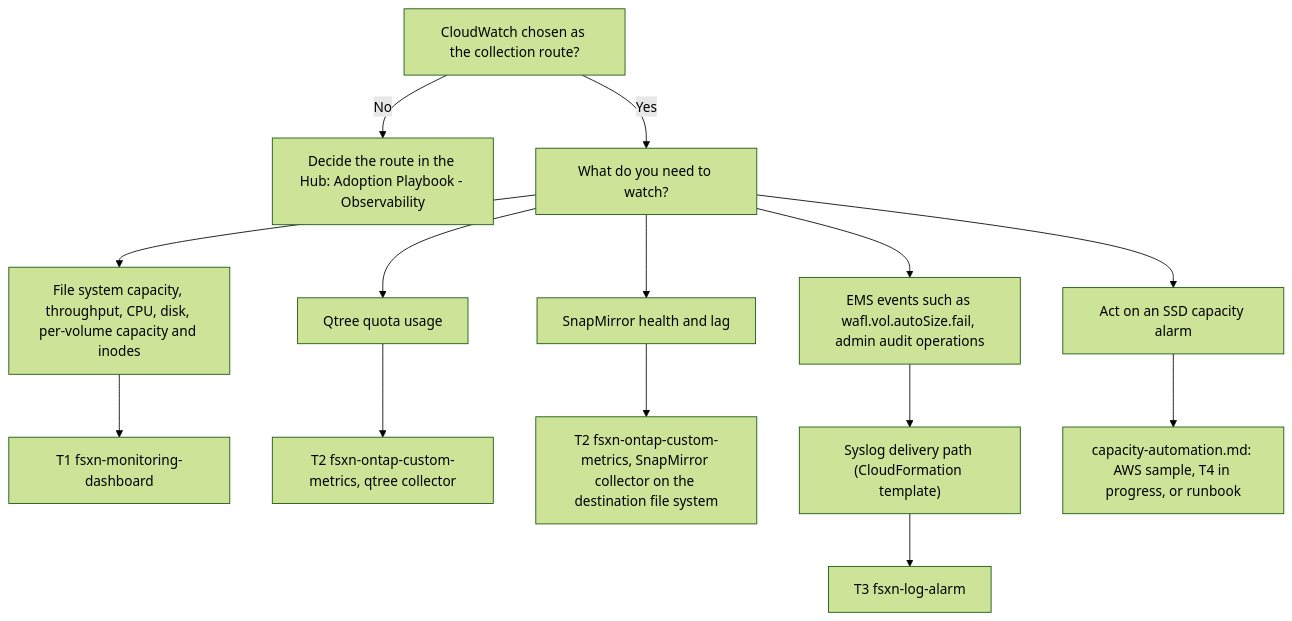
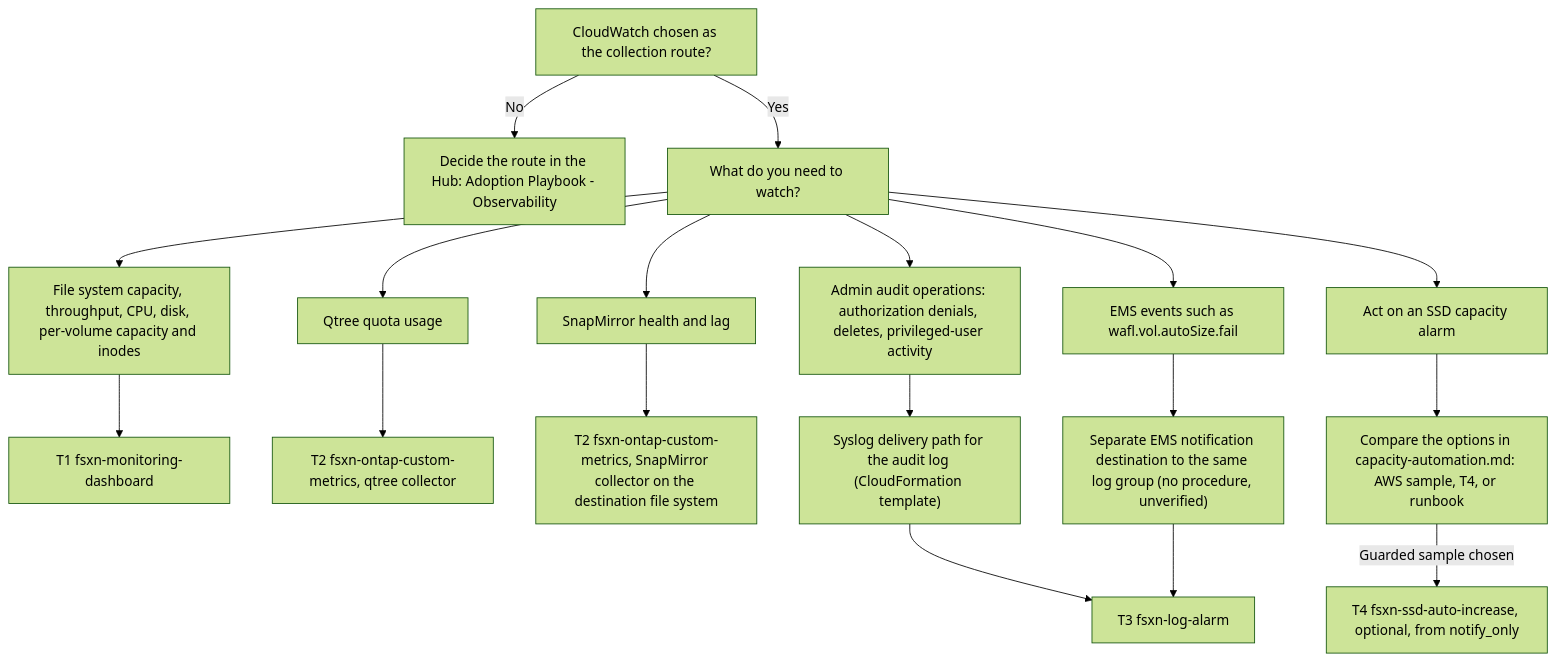
The diagram in docs/en/terraform-monitoring-guide.md (Yoshiki0705/FSx-for-ONTAP-Observability-integrations), drawn with Mermaid (forest theme) before and after one commit. The commit also changed other lines of this file and 6 other files, not shown here.

````diff
--- a/docs/en/terraform-monitoring-guide.md
+++ b/docs/en/terraform-monitoring-guide.md
@@ -82,16 +86,20 @@
 ```mermaid
 flowchart TD
     A["CloudWatch chosen as the collection route?"] -->|No| H["Decide the route in the Hub: Adoption Playbook - Observability"]
     A -->|Yes| B["What do you need to watch?"]
     B --> C["File system capacity, throughput, CPU, disk, per-volume capacity and inodes"]
     C --> T1["T1 fsxn-monitoring-dashboard"]
     B --> D["Qtree quota usage"]
     D --> T2Q["T2 fsxn-ontap-custom-metrics, qtree collector"]
     B --> E["SnapMirror health and lag"]
     E --> T2S["T2 fsxn-ontap-custom-metrics, SnapMirror collector on the destination file system"]
-    B --> F["EMS events such as wafl.vol.autoSize.fail, admin audit operations"]
-    F --> S["Syslog delivery path (CloudFormation template)"]
+    B --> F["Admin audit operations: authorization denials, deletes, privileged-user activity"]
+    F --> S["Syslog delivery path for the audit log (CloudFormation template)"]
     S --> T3["T3 fsxn-log-alarm"]
+    B --> E2["EMS events such as wafl.vol.autoSize.fail"]
+    E2 --> EMS["Separate EMS notification destination to the same log group (no procedure, unverified)"]
+    EMS --> T3
     B --> G["Act on an SSD capacity alarm"]
-    G --> CA["capacity-automation.md: AWS sample, T4 in progress, or runbook"]
+    G --> CA["Compare the options in capacity-automation.md: AWS sample, T4, or runbook"]
+    CA -->|Guarded sample chosen| T4["T4 fsxn-ssd-auto-increase, optional, from notify_only"]
 ```
````
